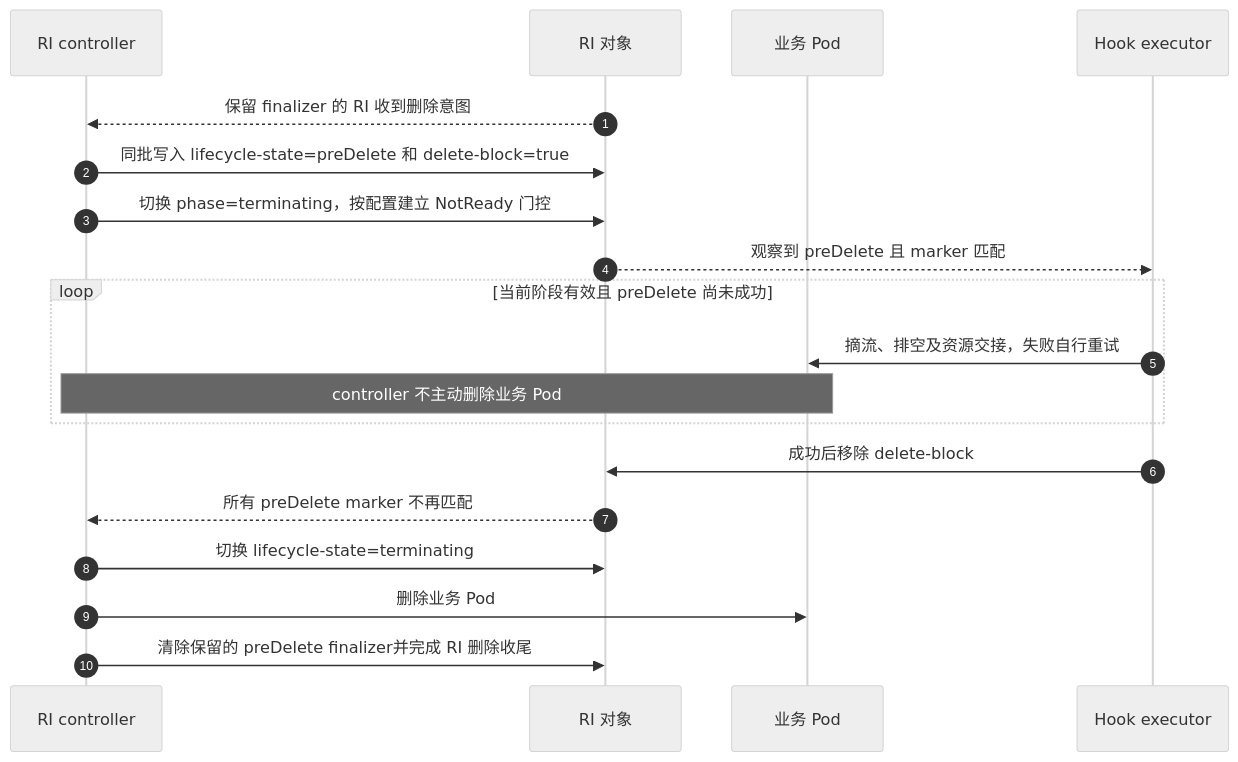
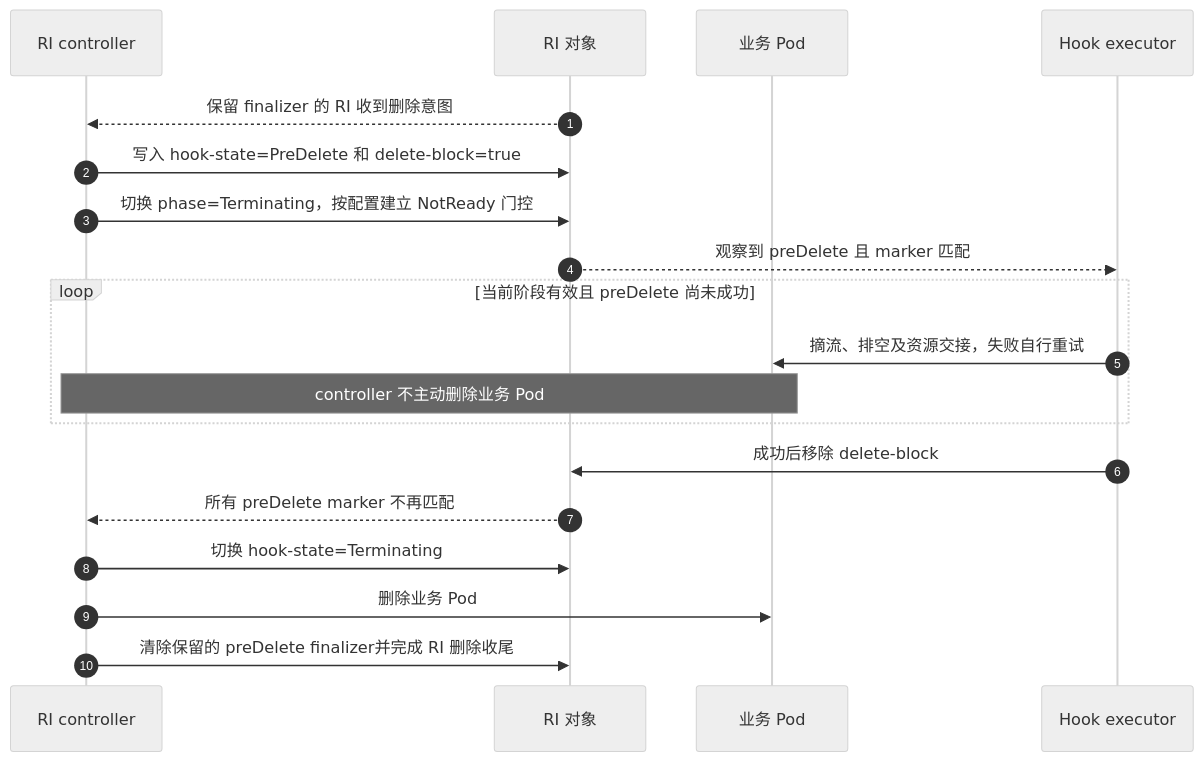
The fourth of 4 diagrams in keps/527-roleinstance-lifecycle/README.zh-CN.md (sgl-project/rbg), drawn with Mermaid (neutral theme) before and after one commit. The commit also changed other lines of this file and 2 other files, not shown here.

Commit message:
docs: define RI lifecycle constants and values

````diff
--- a/keps/527-roleinstance-lifecycle/README.zh-CN.md
+++ b/keps/527-roleinstance-lifecycle/README.zh-CN.md
@@ -419,21 +460,21 @@
 ```mermaid
 sequenceDiagram
     autonumber
     participant C as RI controller
     participant R as RI 对象
     participant P as 业务 Pod
     participant E as Hook executor
     R-->>C: 保留 finalizer 的 RI 收到删除意图
-    C->>R: 同批写入 lifecycle-state=preDelete 和 delete-block=true
-    C->>R: 切换 phase=terminating，按配置建立 NotReady 门控
+    C->>R: 写入 hook-state=PreDelete 和 delete-block=true
+    C->>R: 切换 phase=Terminating，按配置建立 NotReady 门控
     R-->>E: 观察到 preDelete 且 marker 匹配
     loop 当前阶段有效且 preDelete 尚未成功
         E->>P: 摘流、排空及资源交接，失败自行重试
         Note over C,P: controller 不主动删除业务 Pod
     end
     E->>R: 成功后移除 delete-block
     R-->>C: 所有 preDelete marker 不再匹配
-    C->>R: 切换 lifecycle-state=terminating
+    C->>R: 切换 hook-state=Terminating
     C->>P: 删除业务 Pod
     C->>R: 清除保留的 preDelete finalizer并完成 RI 删除收尾
 ```
````
